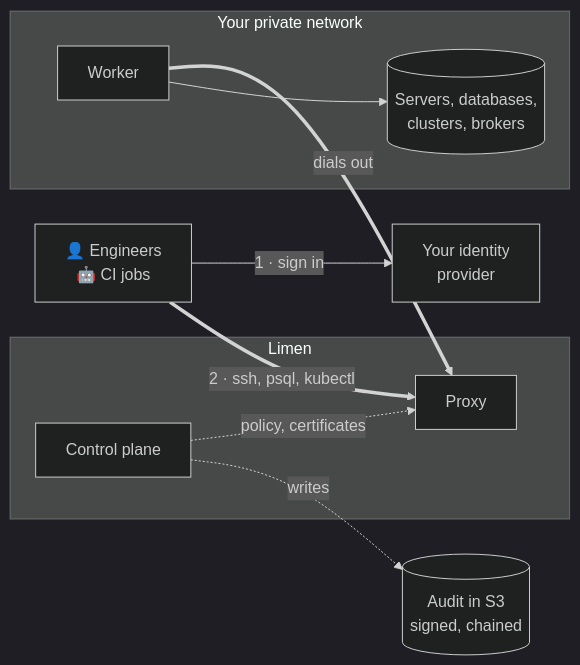
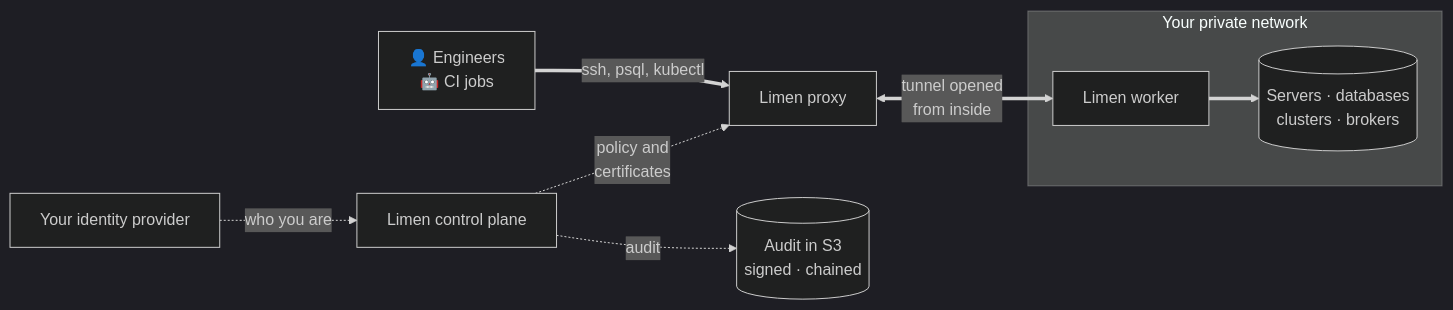
The diagram in profile/README.md (limen-dev/.github), drawn with Mermaid (dark theme) before and after one commit.

Commit message:
docs(profile): a straight-line diagram of one connection

````diff
--- a/profile/README.md
+++ b/profile/README.md
@@ -61,20 +61,18 @@
 ```mermaid
 flowchart LR
-  user["👤 Engineers<br>🤖 CI jobs"]
-  idp["Your identity<br>provider"]
-  subgraph limen["Limen"]
-    proxy["Proxy"]
-    cp["Control plane"]
+  people["👤 Engineers<br>🤖 CI jobs"]
+  proxy["Limen proxy"]
+  subgraph private["Your private network"]
+    worker["Limen worker"]
+    targets[("Servers · databases<br>clusters · brokers")]
   end
-  subgraph private["Your private network"]
-    worker["Worker"]
-    targets[("Servers, databases,<br>clusters, brokers")]
-  end
-  s3[("Audit in S3<br>signed, chained")]
-  user -->|"1 · sign in"| idp
-  user ==>|"2 · ssh, psql, kubectl"| proxy
-  worker ==>|"dials out"| proxy
-  worker --> targets
-  cp -.->|"policy, certificates"| proxy
-  cp -.->|"writes"| s3
+  cp["Limen control plane"]
+  idp["Your identity provider"]
+  s3[("Audit in S3<br>signed · chained")]
+  people ==>|"ssh, psql, kubectl"| proxy
+  proxy <==>|"tunnel opened<br>from inside"| worker
+  worker ==> targets
+  idp -.->|"who you are"| cp
+  cp -.->|"policy and<br>certificates"| proxy
+  cp -.->|"audit"| s3
 ```
````
